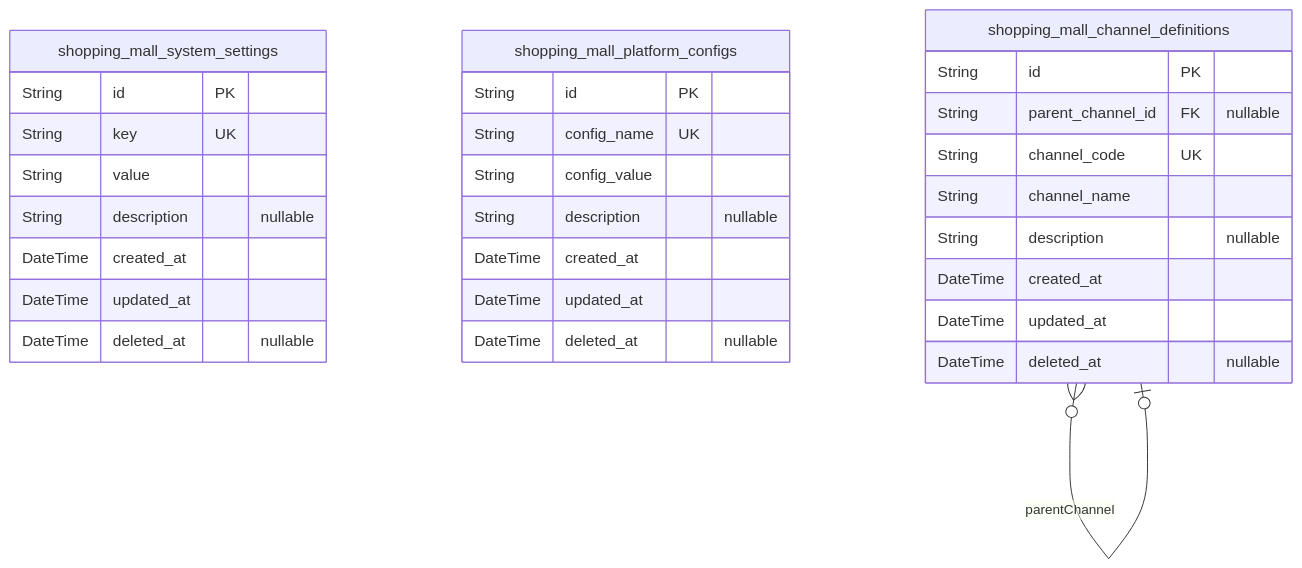
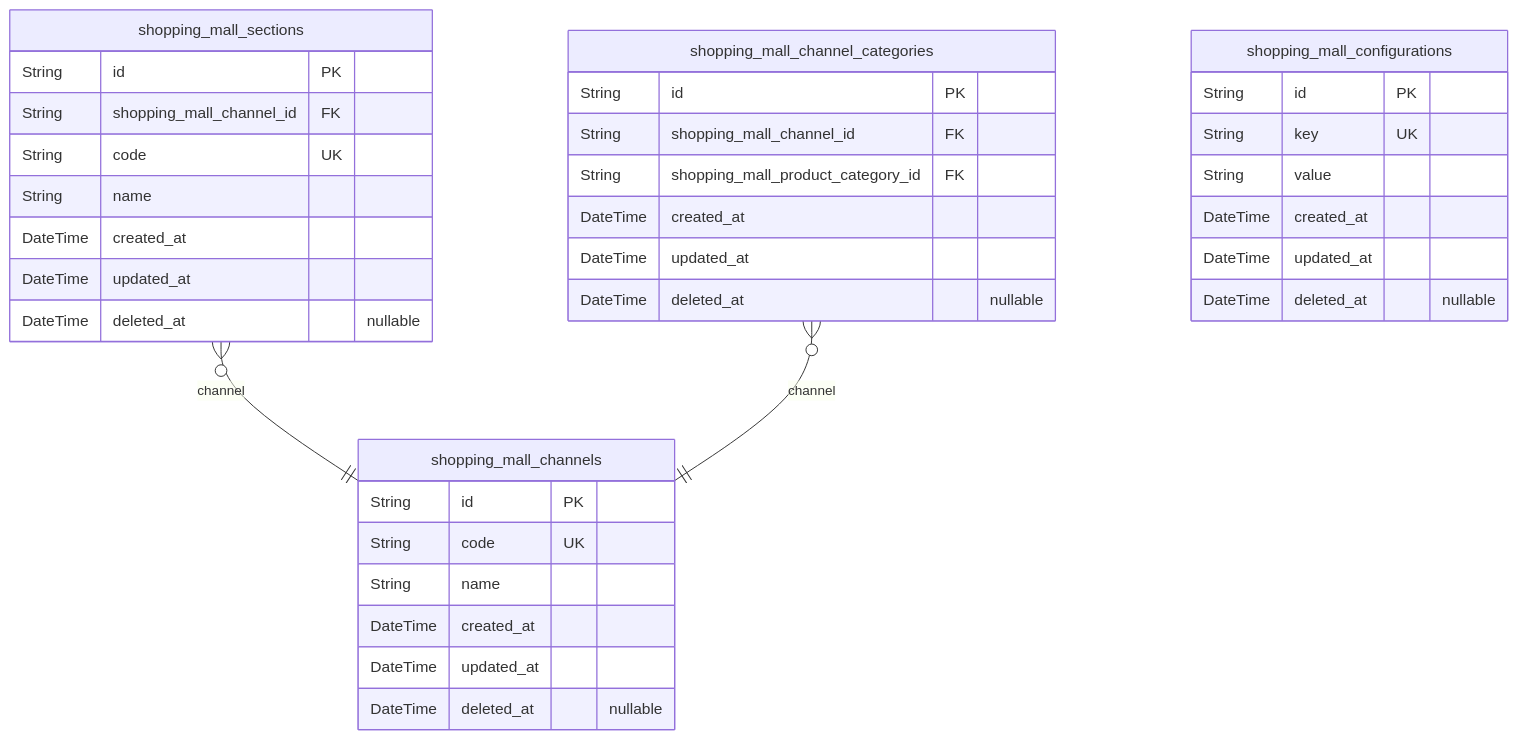
The first of 10 diagrams in openai/gpt-4.1-mini/shopping/docs/ERD.md (wrtnlabs/autobe-examples), drawn with Mermaid before and after one commit. The commit also changed other lines of this file and 22498 other files, not shown here.

````diff
--- a/openai/gpt-4.1-mini/shopping/docs/ERD.md
+++ b/openai/gpt-4.1-mini/shopping/docs/ERD.md
@@ -19,32 +18,38 @@
 ```mermaid
 erDiagram
-"shopping_mall_system_settings" {
+"shopping_mall_channels" {
   String id PK
-  String key UK
-  String value
-  String description "nullable"
+  String code UK
+  String name
   DateTime created_at
   DateTime updated_at
   DateTime deleted_at "nullable"
 }
-"shopping_mall_platform_configs" {
+"shopping_mall_sections" {
   String id PK
-  String config_name UK
-  String config_value
-  String description "nullable"
+  String shopping_mall_channel_id FK
+  String code UK
+  String name
   DateTime created_at
   DateTime updated_at
   DateTime deleted_at "nullable"
 }
-"shopping_mall_channel_definitions" {
+"shopping_mall_channel_categories" {
   String id PK
-  String parent_channel_id FK "nullable"
-  String channel_code UK
-  String channel_name
-  String description "nullable"
+  String shopping_mall_channel_id FK
+  String shopping_mall_product_category_id FK
   DateTime created_at
   DateTime updated_at
   DateTime deleted_at "nullable"
 }
-"shopping_mall_channel_definitions" }o--o| "shopping_mall_channel_definitions" : parentChannel
+"shopping_mall_configurations" {
+  String id PK
+  String key UK
+  String value
+  DateTime created_at
+  DateTime updated_at
+  DateTime deleted_at "nullable"
+}
+"shopping_mall_sections" }o--|| "shopping_mall_channels" : channel
+"shopping_mall_channel_categories" }o--|| "shopping_mall_channels" : channel
 ```
````
